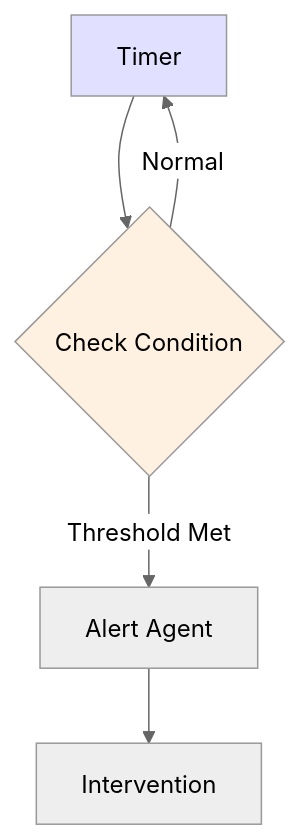
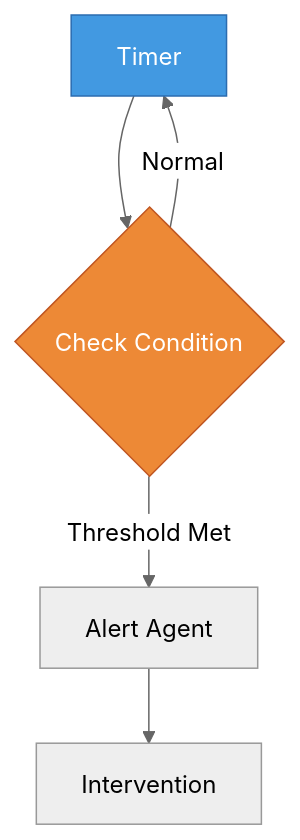
One commit to scarnecchia/numina changed the sixth of 7 diagrams in docs/group-coordination-guide.md. Above: the diagram before and after it, drawn with Mermaid (neutral theme). The commit also changed other lines of this file and 1 other file, not shown here.

Commit message:
diagram fixes

````diff
--- a/docs/group-coordination-guide.md
+++ b/docs/group-coordination-guide.md
@@ -156,9 +156,9 @@
 ```mermaid
 graph TB
     T[Timer] --> C{Check Condition}
     C -->|Threshold Met| A[Alert Agent]
     C -->|Normal| T
     A --> I[Intervention]
-    style T fill:#e1e1ff
-    style C fill:#fff1e1
+    style T fill:#4299e1,stroke:#2b6cb0,color:#fff
+    style C fill:#ed8936,stroke:#c05621,color:#fff
 ```
````
